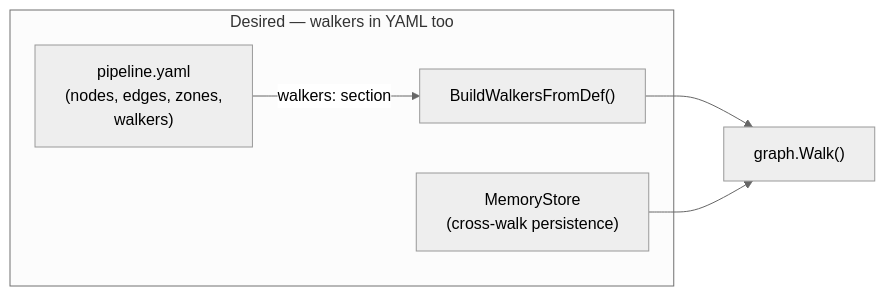
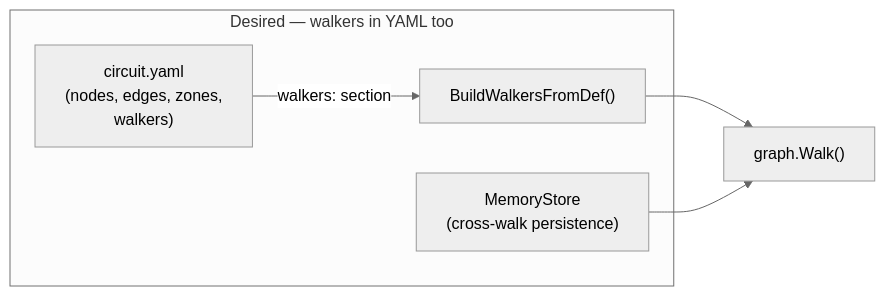
The second of 2 diagrams in .cursor/contracts/completed/framework/walker-experience.md (dpopsuev/origami), drawn with Mermaid (neutral theme) before and after one commit. The commit also changed other lines of this file and 315 other files, not shown here.

````diff
--- a/.cursor/contracts/completed/framework/walker-experience.md
+++ b/.cursor/contracts/completed/framework/walker-experience.md
@@ -41,12 +41,12 @@
 ```mermaid
 flowchart LR
     subgraph desired [Desired — walkers in YAML too]
-        YAML["pipeline.yaml\n(nodes, edges, zones,\nwalkers)"]
+        YAML["circuit.yaml\n(nodes, edges, zones,\nwalkers)"]
         Build["BuildWalkersFromDef()"]
         Memory["MemoryStore\n(cross-walk persistence)"]
     end
 
     YAML -->|"walkers: section"| Build
     Build --> Walk["graph.Walk()"]
     Memory --> Walk
 ```
````
